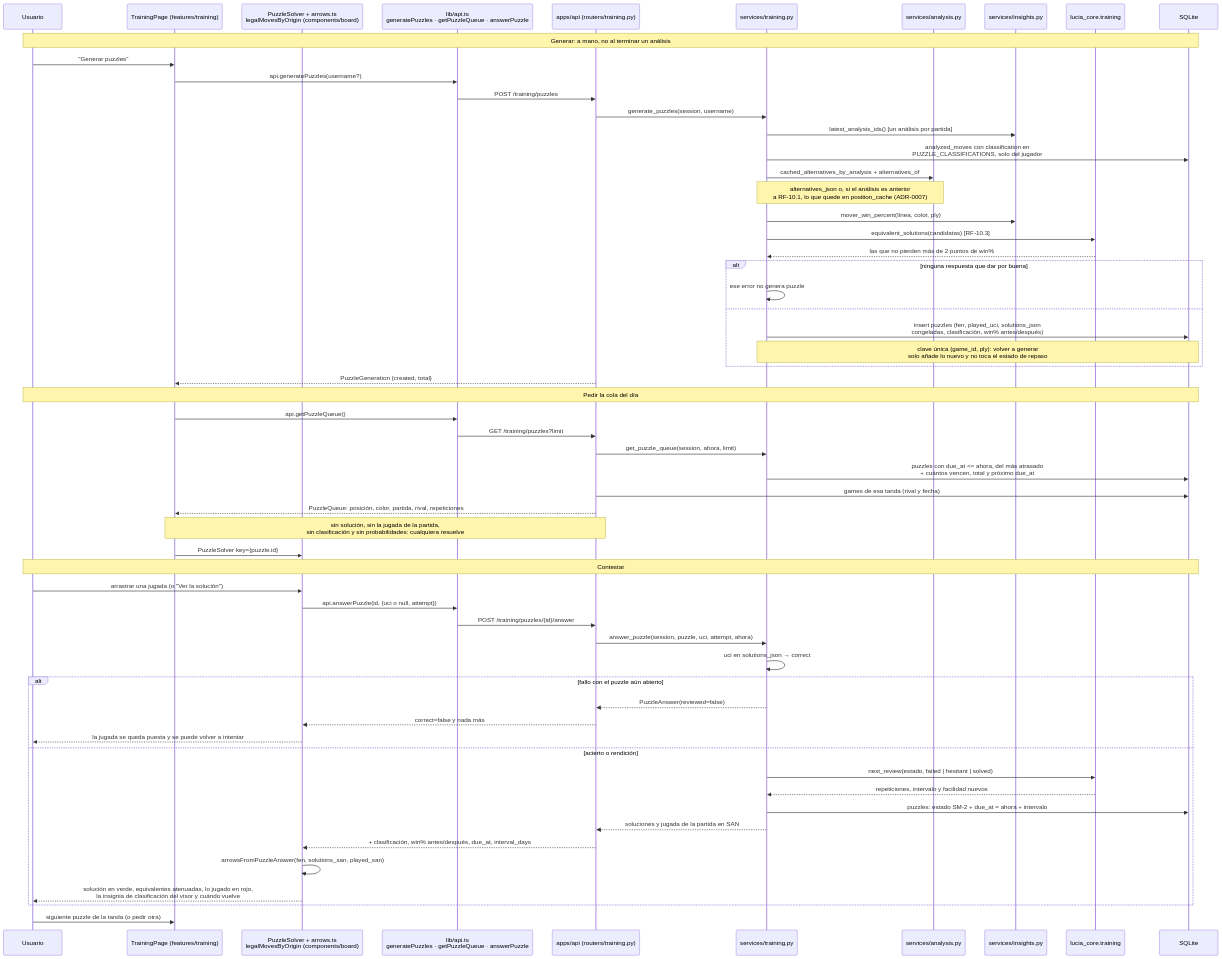
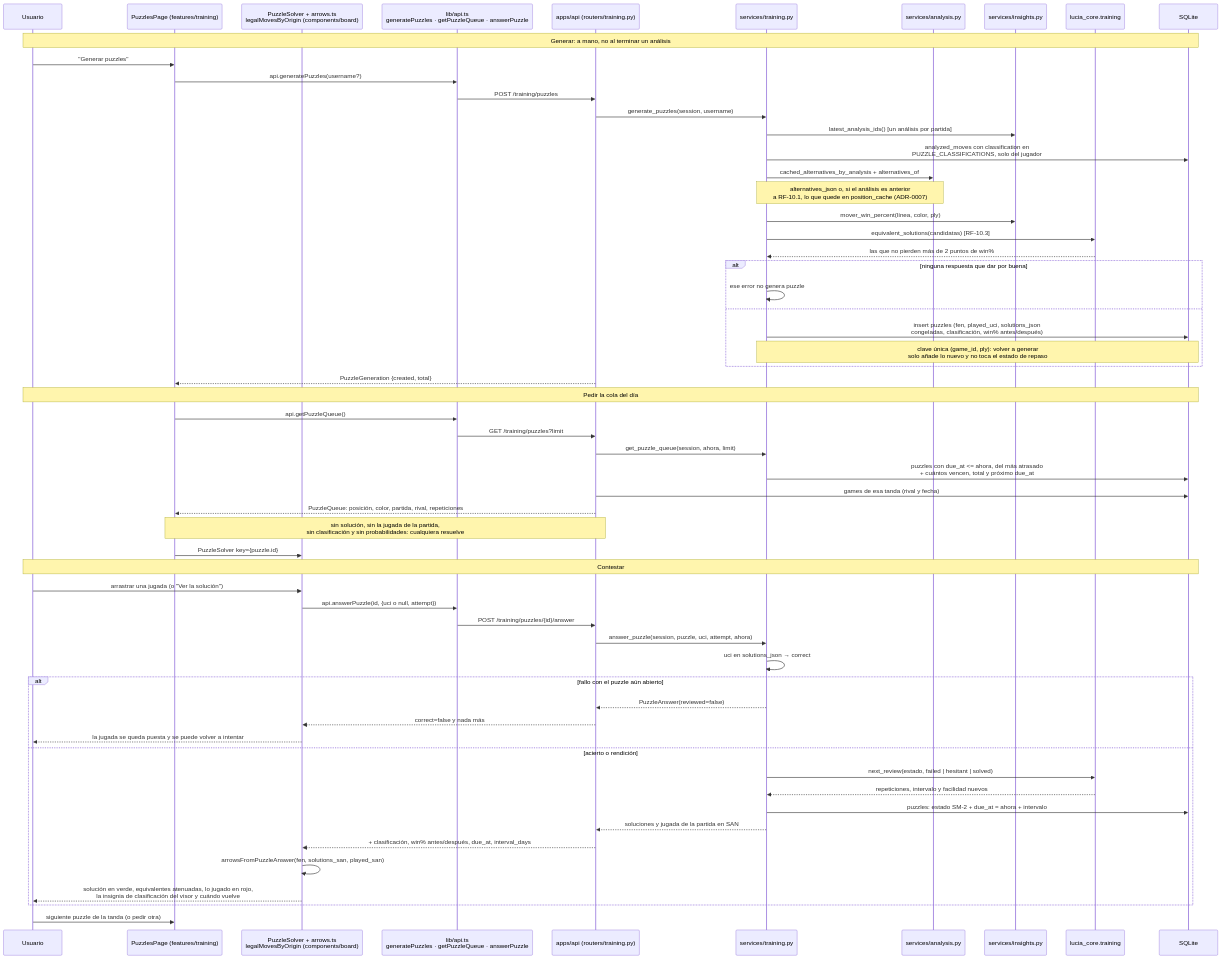
Before and after one commit to SirJsus/LUCIA: diagram 17 of 21 in docs/06-mapa-del-proyecto.md, drawn with Mermaid. The commit also changed other lines of this file and 42 other files, not shown here.

````diff
--- a/docs/06-mapa-del-proyecto.md
+++ b/docs/06-mapa-del-proyecto.md
@@ -1342,64 +1407,64 @@
 ```mermaid
 sequenceDiagram
     participant U as Usuario
-    participant P as TrainingPage (features/training)
+    participant P as PuzzlesPage (features/training)
     participant SO as PuzzleSolver + arrows.ts<br/>legalMovesByOrigin (components/board)
     participant AP as lib/api.ts<br/>generatePuzzles · getPuzzleQueue · answerPuzzle
     participant R as apps/api (routers/training.py)
     participant ST as services/training.py
     participant SA as services/analysis.py
     participant SI as services/insights.py
     participant CT as lucia_core.training
     participant DB as SQLite
 
     Note over U,DB: Generar: a mano, no al terminar un análisis
     U->>P: "Generar puzzles"
     P->>AP: api.generatePuzzles(username?)
     AP->>R: POST /training/puzzles
     R->>ST: generate_puzzles(session, username)
     ST->>SI: latest_analysis_ids() [un análisis por partida]
     ST->>DB: analyzed_moves con classification en<br/>PUZZLE_CLASSIFICATIONS, solo del jugador
     ST->>SA: cached_alternatives_by_analysis + alternatives_of
     Note over ST,SA: alternatives_json o, si el análisis es anterior<br/>a RF-10.1, lo que quede en position_cache (ADR-0007)
     ST->>SI: mover_win_percent(línea, color, ply)
     ST->>CT: equivalent_solutions(candidatas) [RF-10.3]
     CT-->>ST: las que no pierden más de 2 puntos de win%
     alt ninguna respuesta que dar por buena
         ST->>ST: ese error no genera puzzle
     else
         ST->>DB: insert puzzles (fen, played_uci, solutions_json<br/>congeladas, clasificación, win% antes/después)
         Note over ST,DB: clave única (game_id, ply): volver a generar<br/>solo añade lo nuevo y no toca el estado de repaso
     end
     R-->>P: PuzzleGeneration {created, total}
 
     Note over U,DB: Pedir la cola del día
     P->>AP: api.getPuzzleQueue()
     AP->>R: GET /training/puzzles?limit
     R->>ST: get_puzzle_queue(session, ahora, limit)
     ST->>DB: puzzles con due_at <= ahora, del más atrasado<br/>+ cuántos vencen, total y próximo due_at
     R->>DB: games de esa tanda (rival y fecha)
     R-->>P: PuzzleQueue: posición, color, partida, rival, repeticiones
     Note over R,P: sin solución, sin la jugada de la partida,<br/>sin clasificación y sin probabilidades: cualquiera resuelve
     P->>SO: PuzzleSolver key={puzzle.id}
 
     Note over U,DB: Contestar
     U->>SO: arrastrar una jugada (o "Ver la solución")
     SO->>AP: api.answerPuzzle(id, {uci o null, attempt})
     AP->>R: POST /training/puzzles/{id}/answer
     R->>ST: answer_puzzle(session, puzzle, uci, attempt, ahora)
     ST->>ST: uci en solutions_json → correct
     alt fallo con el puzzle aún abierto
         ST-->>R: PuzzleAnswer(reviewed=false)
         R-->>SO: correct=false y nada más
         SO-->>U: la jugada se queda puesta y se puede volver a intentar
     else acierto o rendición
         ST->>CT: next_review(estado, failed | hesitant | solved)
         CT-->>ST: repeticiones, intervalo y facilidad nuevos
         ST->>DB: puzzles: estado SM-2 + due_at = ahora + intervalo
         ST-->>R: soluciones y jugada de la partida en SAN
         R-->>SO: + clasificación, win% antes/después, due_at, interval_days
         SO->>SO: arrowsFromPuzzleAnswer(fen, solutions_san, played_san)
         SO-->>U: solución en verde, equivalentes atenuadas, lo jugado en rojo,<br/>la insignia de clasificación del visor y cuándo vuelve
     end
     U->>P: siguiente puzzle de la tanda (o pedir otra)
 ```
````
